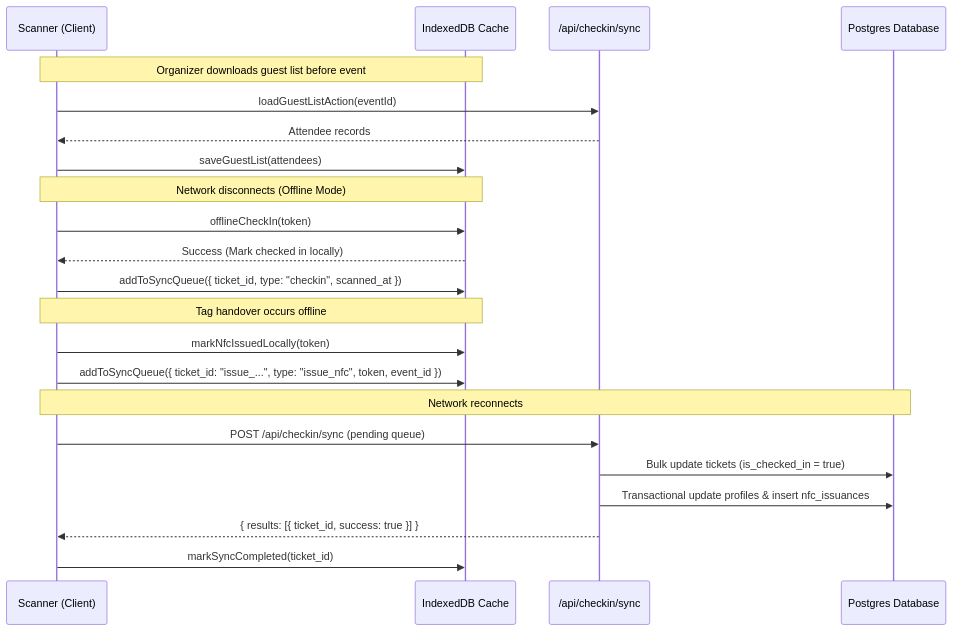
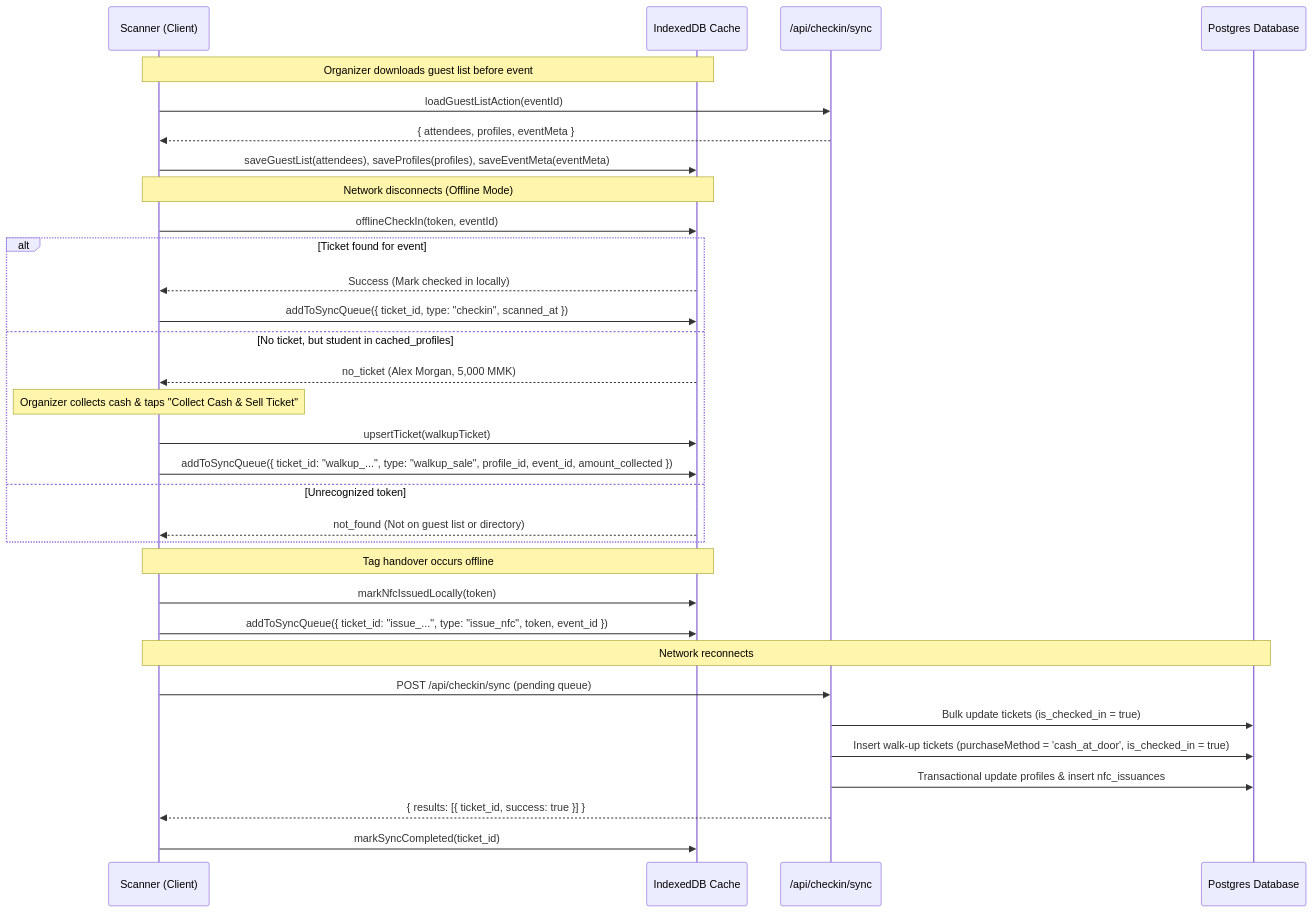
The fourth of 4 diagrams in PROJECT_CONTEXT.md (aungmoe32/CETDIS), drawn with Mermaid before and after one commit. The commit also changed other lines of this file and 8 other files, not shown here.

First line of the commit message:
feat: add offline walk-up ticket sales and student recognition

````diff
--- a/PROJECT_CONTEXT.md
+++ b/PROJECT_CONTEXT.md
@@ -337,28 +341,38 @@
 ```mermaid
 sequenceDiagram
     participant S as Scanner (Client)
     participant IDB as IndexedDB Cache
     participant API as /api/checkin/sync
     participant DB as Postgres Database
 
     Note over S,IDB: Organizer downloads guest list before event
     S->>API: loadGuestListAction(eventId)
-    API-->>S: Attendee records
-    S->>IDB: saveGuestList(attendees)
+    API-->>S: { attendees, profiles, eventMeta }
+    S->>IDB: saveGuestList(attendees), saveProfiles(profiles), saveEventMeta(eventMeta)
 
     Note over S,IDB: Network disconnects (Offline Mode)
-    S->>IDB: offlineCheckIn(token)
-    IDB-->>S: Success (Mark checked in locally)
-    S->>IDB: addToSyncQueue({ ticket_id, type: "checkin", scanned_at })
+    S->>IDB: offlineCheckIn(token, eventId)
+    alt Ticket found for event
+        IDB-->>S: Success (Mark checked in locally)
+        S->>IDB: addToSyncQueue({ ticket_id, type: "checkin", scanned_at })
+    else No ticket, but student in cached_profiles
+        IDB-->>S: no_ticket (Alex Morgan, 5,000 MMK)
+        Note over S: Organizer collects cash & taps "Collect Cash & Sell Ticket"
+        S->>IDB: upsertTicket(walkupTicket)
+        S->>IDB: addToSyncQueue({ ticket_id: "walkup_...", type: "walkup_sale", profile_id, event_id, amount_collected })
+    else Unrecognized token
+        IDB-->>S: not_found (Not on guest list or directory)
+    end
 
     Note over S,IDB: Tag handover occurs offline
     S->>IDB: markNfcIssuedLocally(token)
     S->>IDB: addToSyncQueue({ ticket_id: "issue_...", type: "issue_nfc", token, event_id })
 
     Note over S,DB: Network reconnects
     S->>API: POST /api/checkin/sync (pending queue)
     API->>DB: Bulk update tickets (is_checked_in = true)
+    API->>DB: Insert walk-up tickets (purchaseMethod = 'cash_at_door', is_checked_in = true)
     API->>DB: Transactional update profiles & insert nfc_issuances
     API-->>S: { results: [{ ticket_id, success: true }] }
     S->>IDB: markSyncCompleted(ticket_id)
 ```
````
